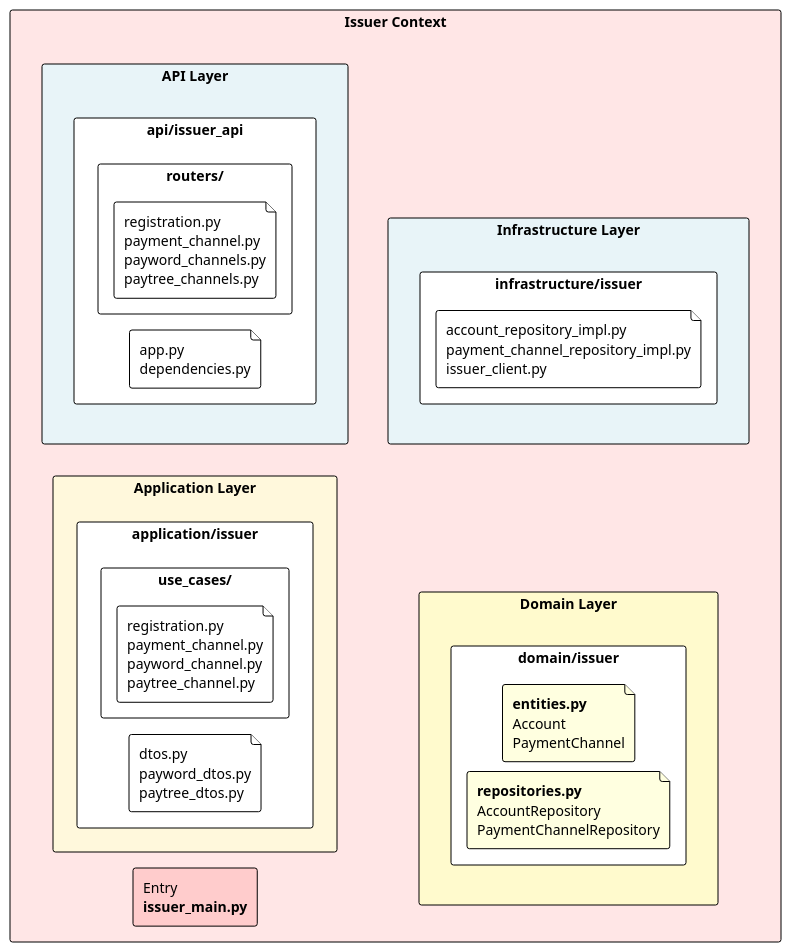
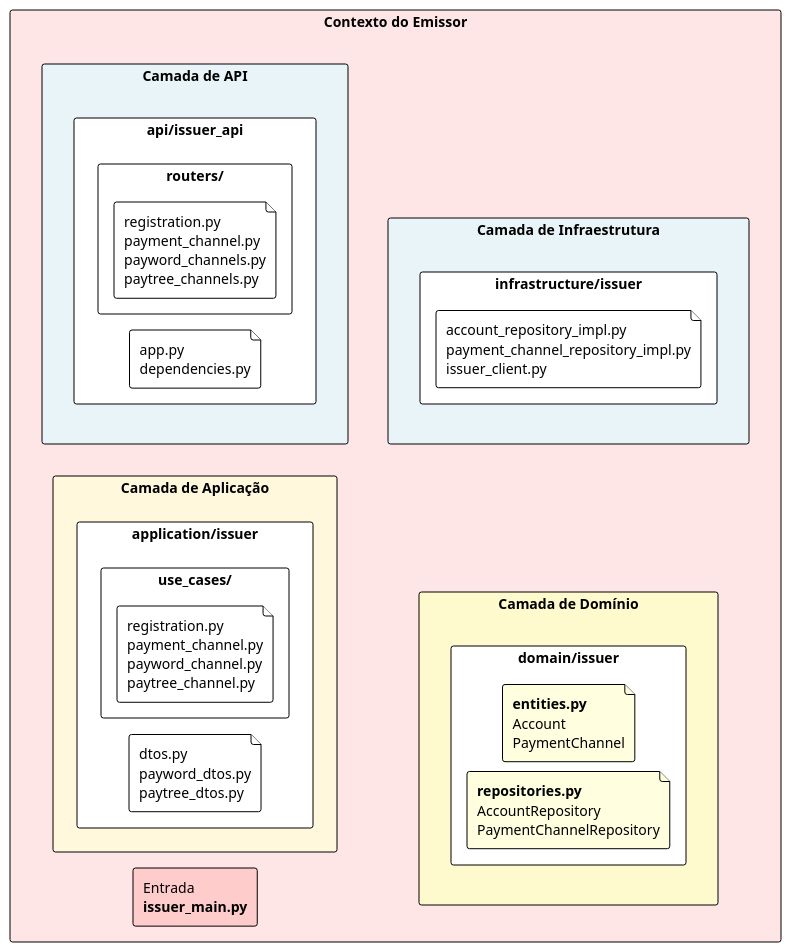
The diagram in umls/issuer.puml (otaviootavio/nanomoni), drawn with PlantUML before and after one commit. The commit also changed 161 other files, not shown here.

```diff
--- a/umls/issuer.puml
+++ b/umls/issuer.puml
@@ -1,53 +1,53 @@
 @startuml Issuer_Static_Compact
 
 !theme plain
 left to right direction
 skinparam backgroundColor white
 skinparam componentStyle rectangle
 skinparam padding 0
 skinparam BoxPadding 2
 skinparam RectanglePadding 3
 skinparam RectangleBorderThickness 1
 skinparam Shadowing false
 skinparam Nodesep 10
 skinparam Ranksep 10
 
-rectangle "Issuer Context" #FFE6E6 {
-    rectangle "Entry\n**issuer_main.py**" as entry #FFCCCC
+rectangle "Contexto do Emissor" #FFE6E6 {
+    rectangle "Entrada\n**issuer_main.py**" as entry #FFCCCC
     
-    rectangle "API Layer" as api #E8F4F8 {
+    rectangle "Camada de API" as api #E8F4F8 {
         rectangle "api/issuer_api" {
             file "app.py\ndependencies.py" as api_files
             rectangle "routers/" {
                 file "registration.py\npayment_channel.py\npayword_channels.py\npaytree_channels.py"
             }
         }
     }
     
-    rectangle "Application Layer" as app #FFF8DC {
+    rectangle "Camada de Aplicação" as app #FFF8DC {
         rectangle "application/issuer" {
             file "dtos.py\npayword_dtos.py\npaytree_dtos.py"
             rectangle "use_cases/" {
                 file "registration.py\npayment_channel.py\npayword_channel.py\npaytree_channel.py"
             }
         }
     }
     
-    rectangle "Domain Layer" as domain #FFFACD {
+    rectangle "Camada de Domínio" as domain #FFFACD {
         rectangle "domain/issuer" {
             file "**entities.py**\nAccount\nPaymentChannel" #FFFFE0
             file "**repositories.py**\nAccountRepository\nPaymentChannelRepository" #FFFFE0
         }
     }
     
-    rectangle "Infrastructure Layer" as infra #E8F4F8 {
+    rectangle "Camada de Infraestrutura" as infra #E8F4F8 {
         rectangle "infrastructure/issuer" {
             file "account_repository_impl.py\npayment_channel_repository_impl.py\nissuer_client.py"
         }
     }
     
     entry -[hidden]down-> domain
     api -[hidden]down-> infra
 }
 
 @enduml
```
